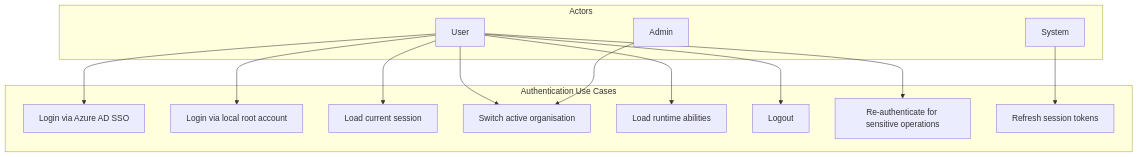
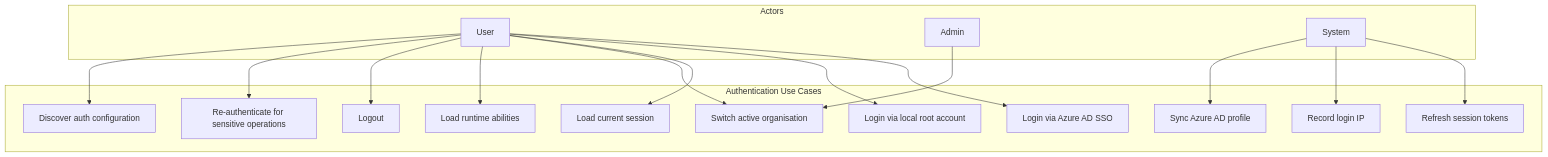
One commit to b-knowledge-solution/b-knowledge changed the first of 3 diagrams in docs/srs/core-platform/fr-authentication.md. Above: the diagram before and after it, drawn with Mermaid. The commit also changed other lines of this file and 17 other files, not shown here.

````diff
--- a/docs/srs/core-platform/fr-authentication.md
+++ b/docs/srs/core-platform/fr-authentication.md
@@ -25,29 +27,35 @@
 ```mermaid
 flowchart TD
     subgraph Actors
         U[User]
         A[Admin]
         S[System]
     end
 
     subgraph Authentication Use Cases
         UC1[Login via Azure AD SSO]
         UC2[Login via local root account]
         UC3[Load current session]
         UC4[Switch active organisation]
         UC5[Load runtime abilities]
         UC6[Logout]
         UC7[Re-authenticate for sensitive operations]
         UC8[Refresh session tokens]
+        UC9[Discover auth configuration]
+        UC10[Record login IP]
+        UC11[Sync Azure AD profile]
     end
 
     U --> UC1
     U --> UC2
     U --> UC3
     U --> UC4
     U --> UC5
     U --> UC6
     U --> UC7
+    U --> UC9
     S --> UC8
+    S --> UC10
+    S --> UC11
     A --> UC4
 ```
````
